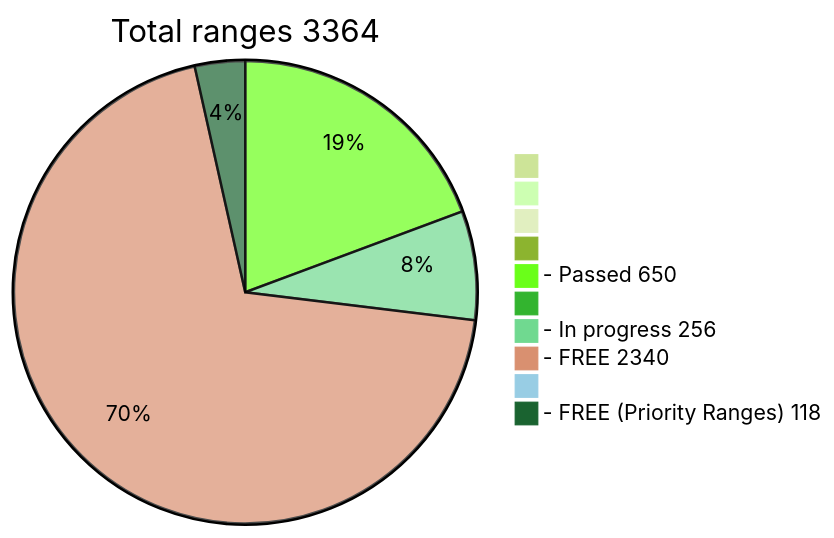
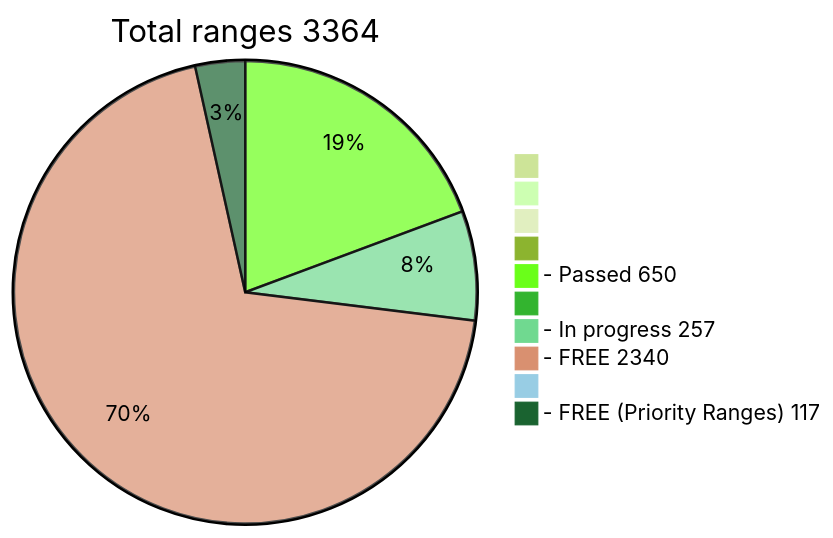
Before and after one commit to phrutis/wif500: the diagram in README.md, drawn with Mermaid (forest theme).

````diff
--- a/README.md
+++ b/README.md
@@ -16,13 +16,13 @@
 ```mermaid
 pie title Total ranges 3364
              " " : 0
             "  " : 0
            "   " : 0
           "    " : 0
   "- Passed 650" : 650
          "     " : 0
-  "- In progress 256" : 256
+  "- In progress 257" : 257
    "- FREE 2340" : 2340
         "      " : 0
-  "- FREE (Priority Ranges) 118" : 118
+  "- FREE (Priority Ranges) 117" : 117
 ```
````
